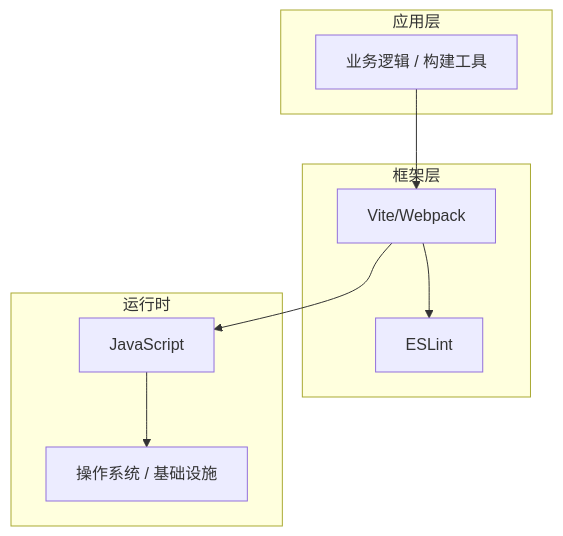
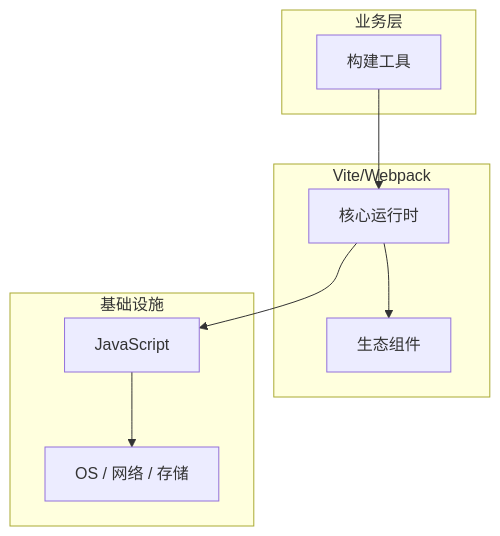
Before and after one commit to yanggan2015/knowledge-json-v2: the diagram in articles/前端工程化/chapters/013-构建工具核心概念与原理.md, drawn with Mermaid. The commit also changed other lines of this file and 10127 other files, not shown here.

````diff
--- a/articles/前端工程化/chapters/013-构建工具核心概念与原理.md
+++ b/articles/前端工程化/chapters/013-构建工具核心概念与原理.md
@@ -45,18 +34,18 @@
 ```mermaid
 graph TB
-    subgraph 应用层
-        A[业务逻辑 / 构建工具]
+    subgraph 业务层
+        A[构建工具]
     end
-    subgraph 框架层
-        B[Vite/Webpack]
-        C[ESLint]
+    subgraph Vite/Webpack
+        B[核心运行时]
+        C[生态组件]
     end
-    subgraph 运行时
+    subgraph 基础设施
         D[JavaScript]
-        E[操作系统 / 基础设施]
+        E[OS / 网络 / 存储]
     end
     A --> B
     B --> C
     B --> D
     D --> E
 ```
````
